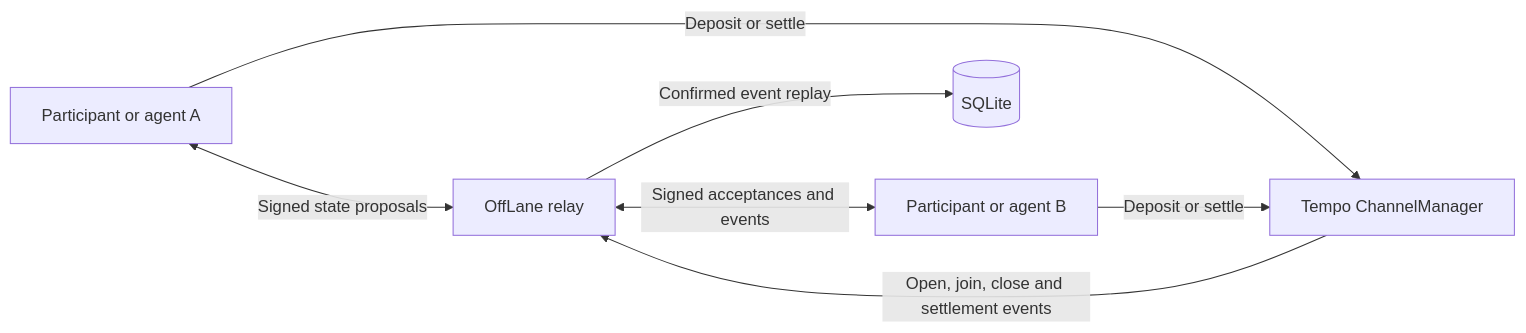
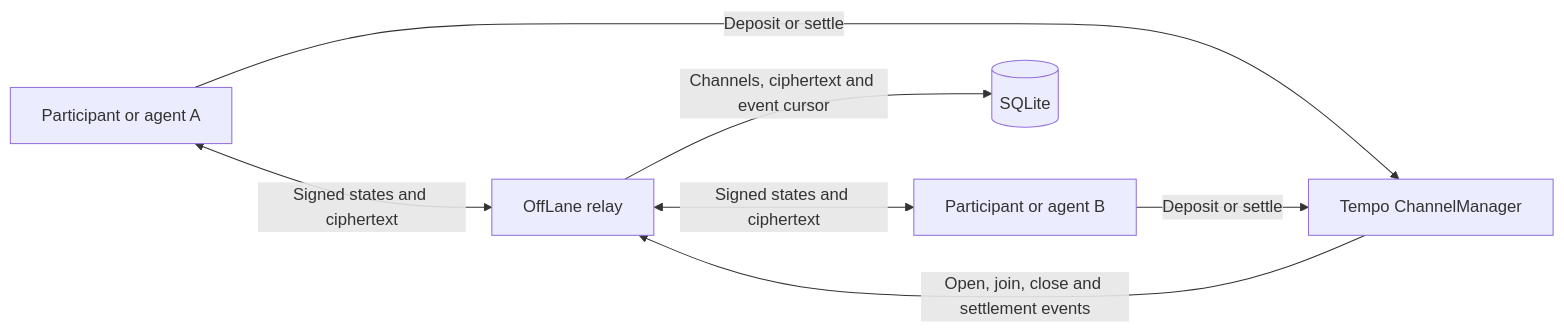
One commit to iitianpushkar/OffLane changed the diagram in README.md. Above: the diagram before and after it, drawn with Mermaid. The commit also changed other lines of this file and 25 other files, not shown here.

````diff
--- a/README.md
+++ b/README.md
@@ -17,9 +17,9 @@
 ```mermaid
 flowchart LR
-    A[Participant or agent A] <-->|Signed state proposals| R[OffLane relay]
-    R <-->|Signed acceptances and events| B[Participant or agent B]
-    R -->|Confirmed event replay| DB[(SQLite)]
+    A[Participant or agent A] <-->|Signed states and ciphertext| R[OffLane relay]
+    R <-->|Signed states and ciphertext| B[Participant or agent B]
+    R -->|Channels, ciphertext and event cursor| DB[(SQLite)]
     CM[Tempo ChannelManager] -->|Open, join, close and settlement events| R
     A -->|Deposit or settle| CM
     B -->|Deposit or settle| CM
 ```
````
